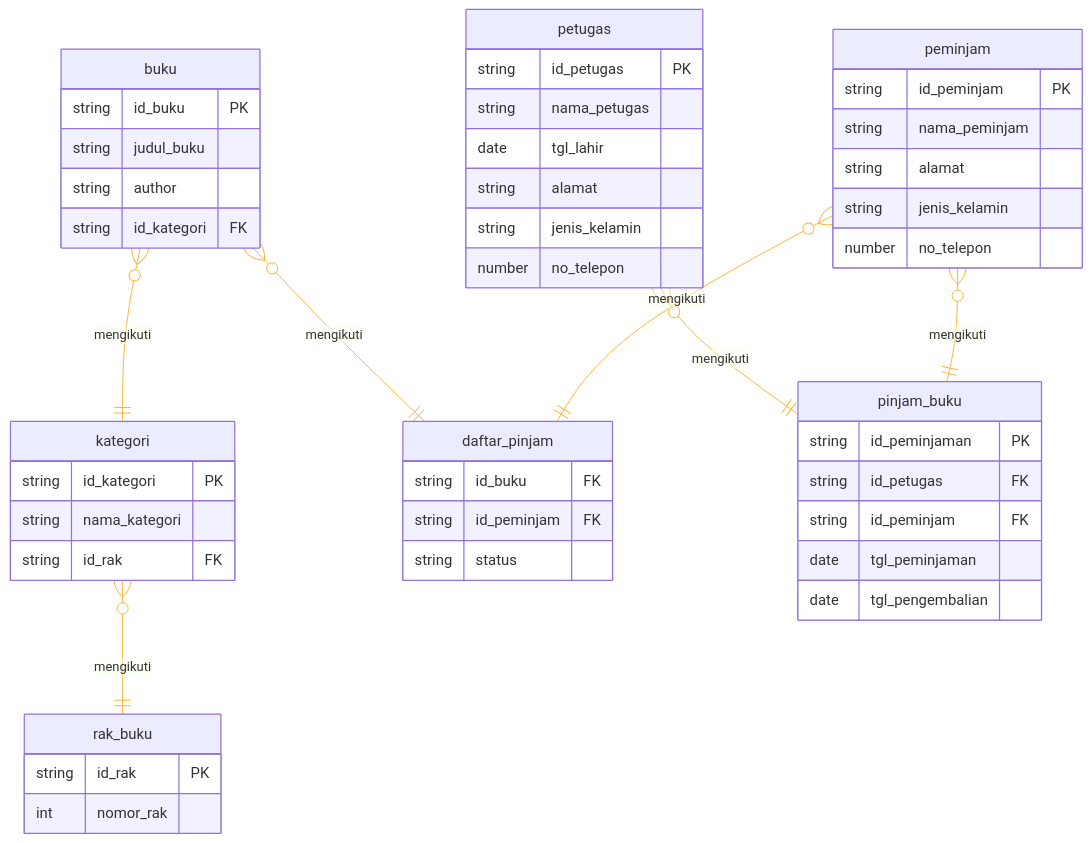
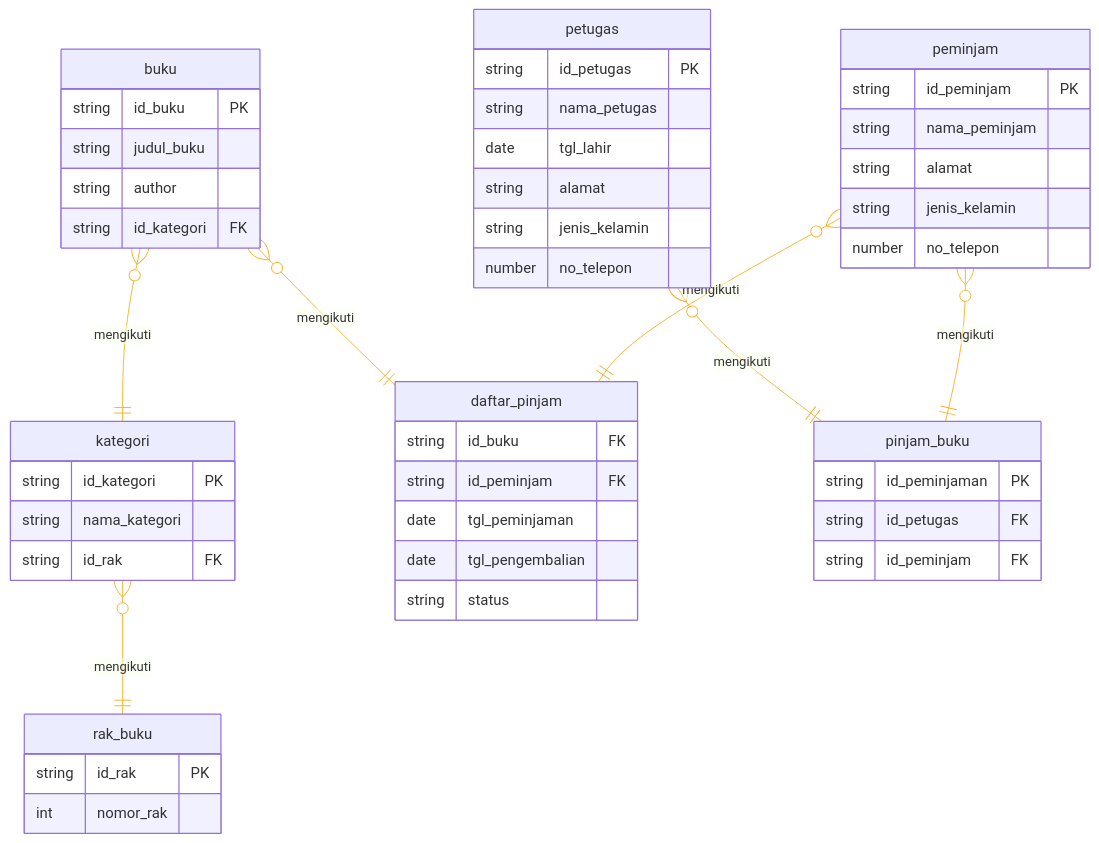
The diagram in readme.md (dimastadeoo/koda-b8-db1), drawn with Mermaid before and after one commit. The commit also changed other lines of this file, not shown here.

Commit message:
docs: Update ERD to include 'tgl_peminjaman' and 'tgl_pengembalian' fields in 'daftar_pinjam'

````diff
--- a/readme.md
+++ b/readme.md
@@ -5,65 +5,65 @@
 ```mermaid
 ---
 config:
     theme: 'default'
     themeVariables:
         lineColor: '#F8B229'
 ---
 
 erDiagram
     buku {
         string id_buku PK
         string judul_buku
         string author
         string id_kategori FK
     }
     
     kategori {
         string id_kategori PK
         string nama_kategori
         string id_rak FK
     }
     rak_buku {
         string id_rak PK
         int nomor_rak
     }
     petugas {
         string id_petugas PK
         string nama_petugas
         date tgl_lahir
         string alamat
         string jenis_kelamin
         number no_telepon
     }
 
     peminjam {
         string id_peminjam PK
         string nama_peminjam
         string alamat
         string jenis_kelamin
         number no_telepon
     }
 
     daftar_pinjam {
         string id_buku FK
         string id_peminjam FK
+        date tgl_peminjaman
+        date tgl_pengembalian
         string status
     }
 
     pinjam_buku {
         string id_peminjaman PK
         string id_petugas FK
         string id_peminjam FK
-        date tgl_peminjaman
-        date tgl_pengembalian
     }
 
     buku o{ -- || kategori : mengikuti
     kategori o{ -- || rak_buku : mengikuti
     buku o{ -- || daftar_pinjam : mengikuti
     peminjam o{ -- || daftar_pinjam : mengikuti
     petugas o{ -- || pinjam_buku : mengikuti
     peminjam o{ -- || pinjam_buku : mengikuti
 
 
 ```
````
